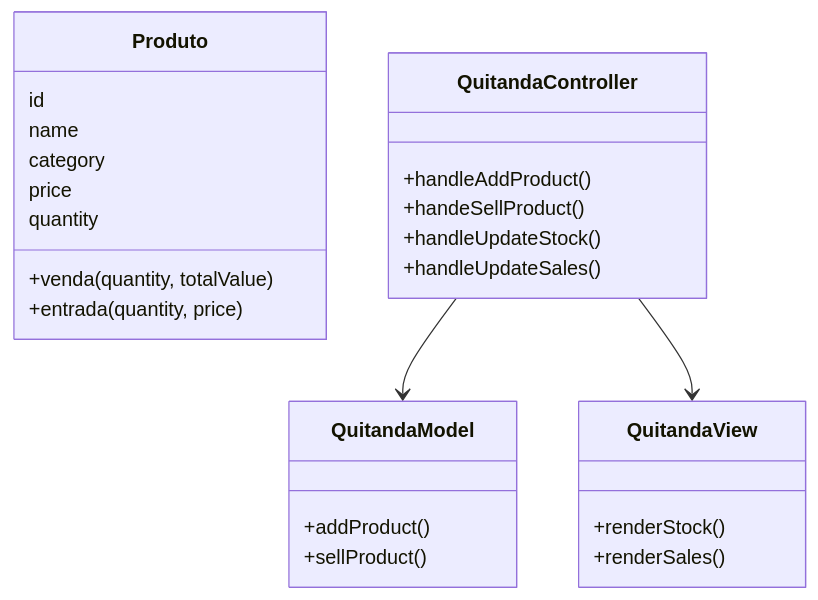
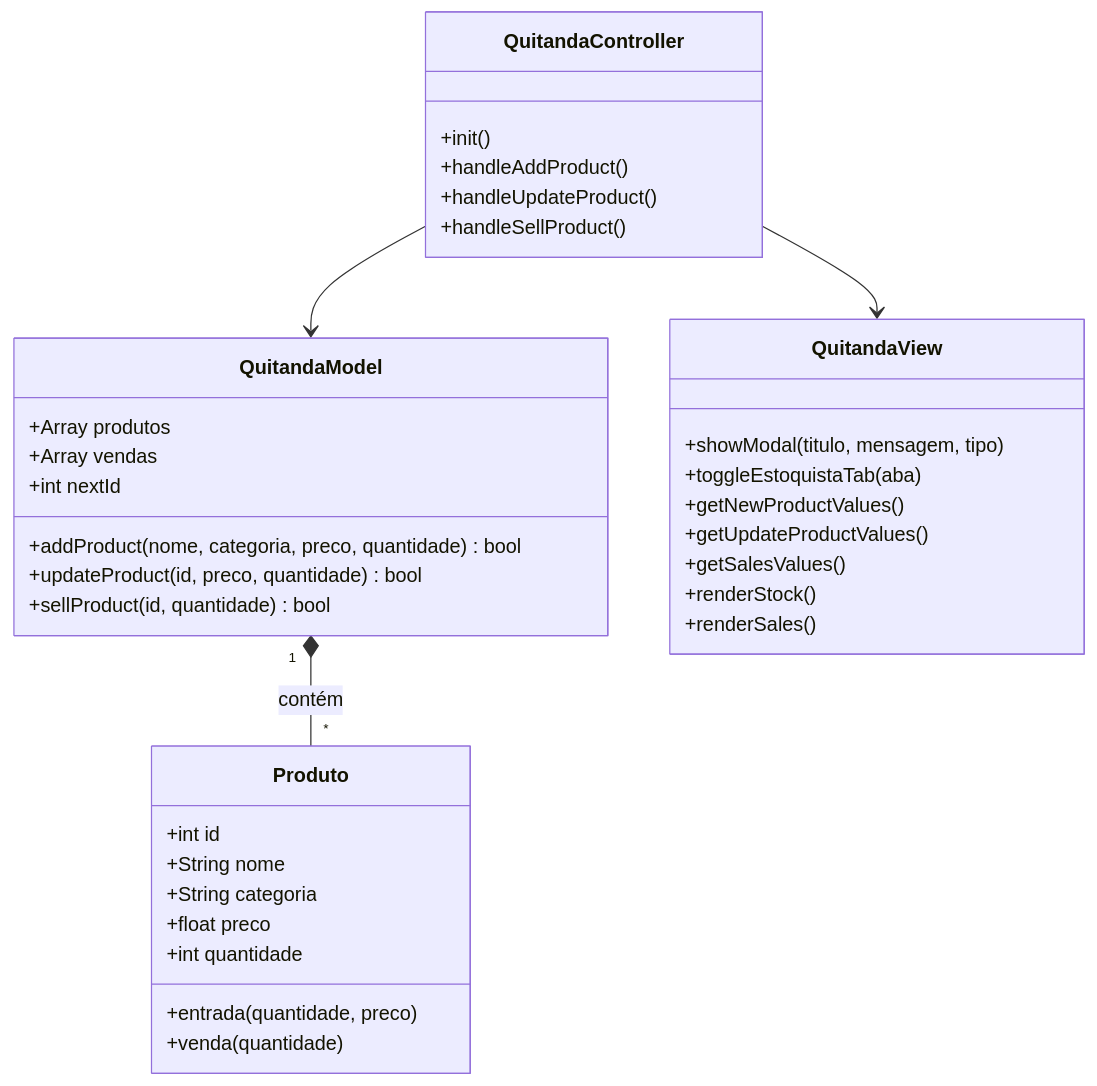
The third of 6 diagrams in 2026/3o-termo/programacao-front-end/demonstracoes/poo/sa-projeto-gerenciamento/README.md (edxzyluksz/Desenvolvimento-de-Sistemas), drawn with Mermaid before and after one commit. The commit also changed other lines of this file and 7 other files, not shown here.

````diff
--- a/2026/3o-termo/programacao-front-end/demonstracoes/poo/sa-projeto-gerenciamento/README.md
+++ b/2026/3o-termo/programacao-front-end/demonstracoes/poo/sa-projeto-gerenciamento/README.md
@@ -274,33 +226,42 @@
 ```mermaid
 classDiagram
     class Produto {
-        id
-        name
-        category
-        price
-        quantity
-
-        +venda(quantity, totalValue)
-        +entrada(quantity, price)
+        +int id
+        +String nome
+        +String categoria
+        +float preco
+        +int quantidade
+        +entrada(quantidade, preco)
+        +venda(quantidade)
     }
 
     class QuitandaModel{
-        +addProduct()
-        +sellProduct()
+        +Array produtos
+        +Array vendas
+        +int nextId
+        +addProduct(nome, categoria, preco, quantidade) bool
+        +updateProduct(id, preco, quantidade) bool
+        +sellProduct(id, quantidade) bool
     }
 
     class QuitandaView {
+        +showModal(titulo, mensagem, tipo)
+        +toggleEstoquistaTab(aba)
+        +getNewProductValues()
+        +getUpdateProductValues()
+        +getSalesValues()
         +renderStock()
         +renderSales()
     }
 
     class QuitandaController {
+        +init()
         +handleAddProduct()
-        +handeSellProduct()
-        +handleUpdateStock()
-        +handleUpdateSales()
+        +handleUpdateProduct()
+        +handleSellProduct()
     }
 
     QuitandaController --> QuitandaModel
     QuitandaController --> QuitandaView
+    QuitandaModel "1" *-- "*" Produto : contém
 ```
````
